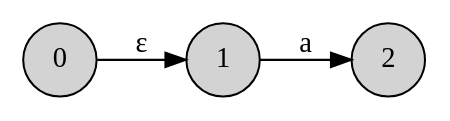
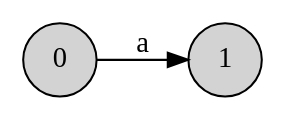
Before and after one commit to illusory0x0/containers.mbt: the diagram in automaton/__snapshot__/nfa_trans_symbol_normal.dot, drawn with Graphviz. The commit also changed 15 other files, not shown here.

```diff
--- a/automaton/__snapshot__/nfa_trans_symbol_normal.dot
+++ b/automaton/__snapshot__/nfa_trans_symbol_normal.dot
@@ -1,10 +1,8 @@
 
 digraph {
 rankdir=LR;
 node [shape = circle; style = filled;];
-0->1[label="ε"];
-1->2[label="a"];
+0->1[label="a"];
 0 [label="0";]
 1 [label="1";]
-2 [label="2";]
 }
```
